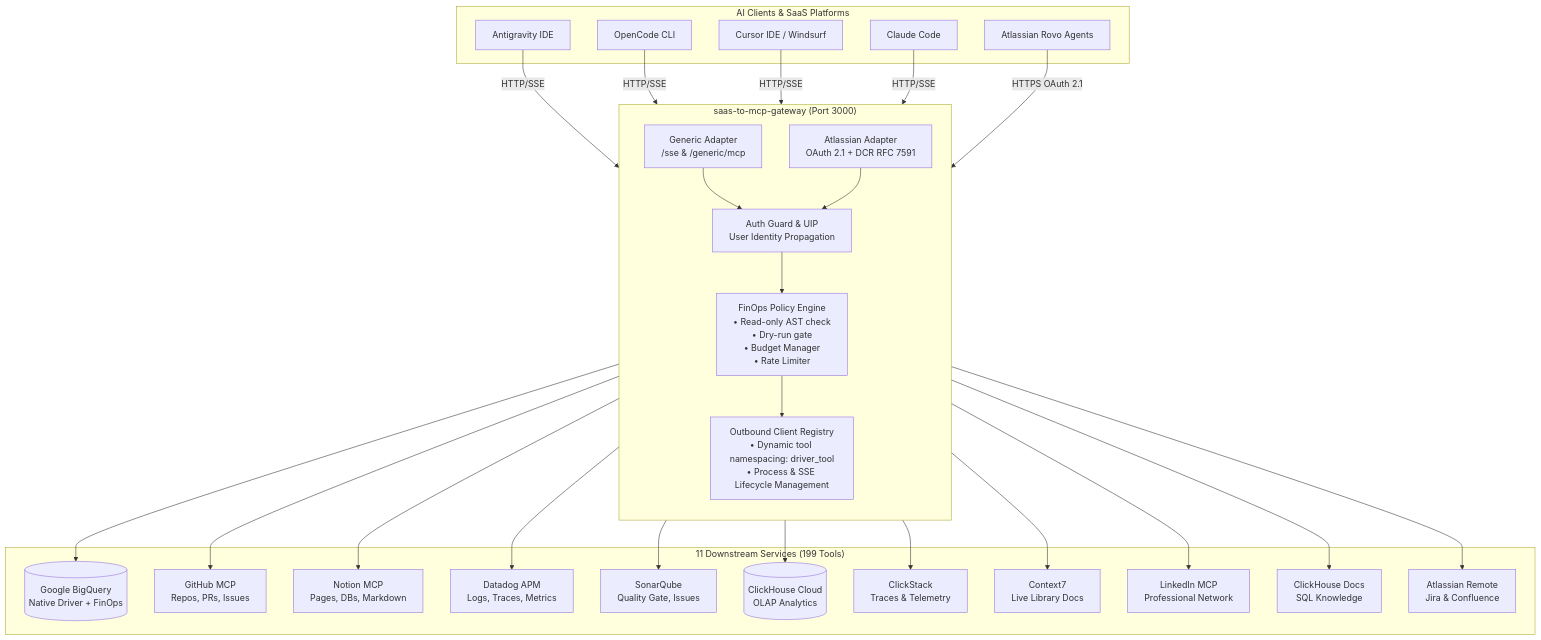
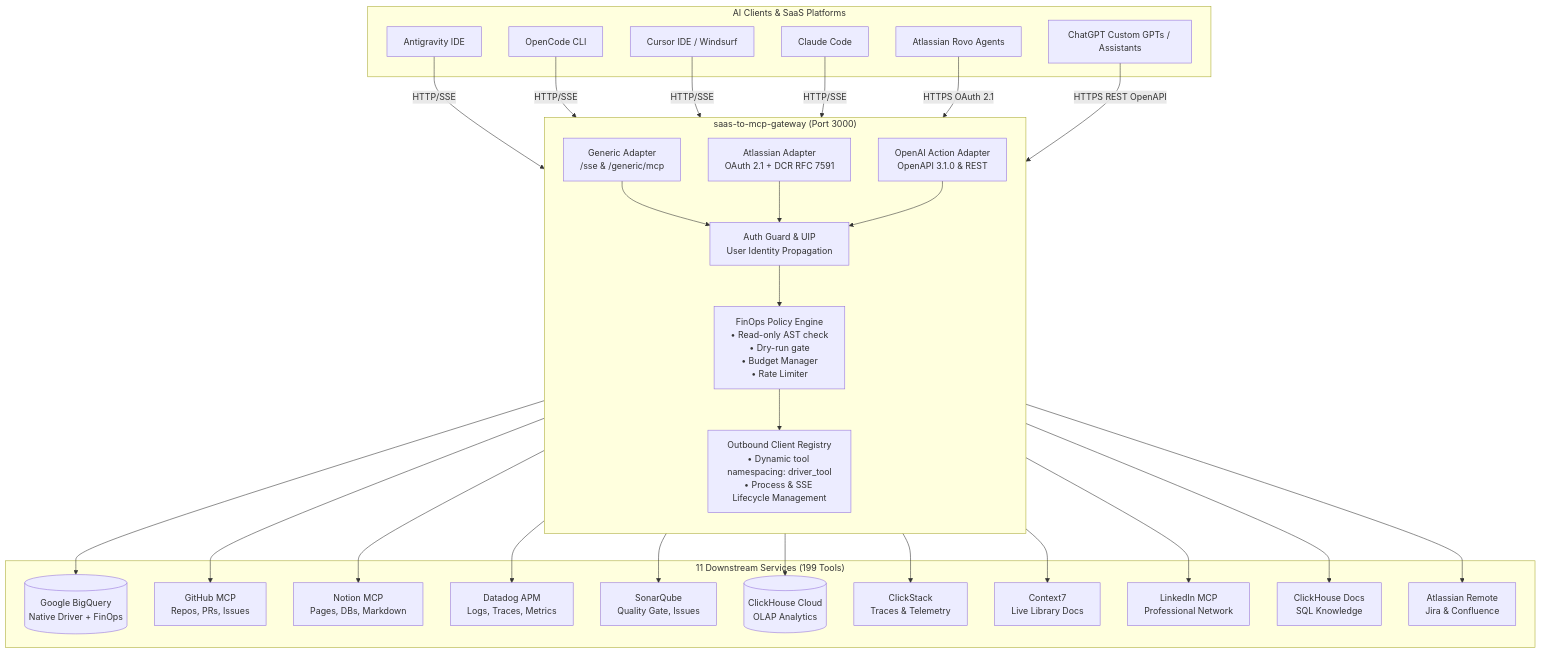
The diagram in README.md (qybbs/saas-to-mcp-gateway), drawn with Mermaid before and after one commit. The commit also changed other lines of this file and 7 other files, not shown here.

Commit message:
feat: add OpenAI Action inbound adapter and OpenAPI schema generator

````diff
--- a/README.md
+++ b/README.md
@@ -83,57 +83,61 @@
 ```mermaid
 graph TD
     subgraph Clients ["AI Clients & SaaS Platforms"]
         AG[Antigravity IDE]
         OC[OpenCode CLI]
         CR[Cursor IDE / Windsurf]
         CC[Claude Code]
         ROVO[Atlassian Rovo Agents]
+        GPT[ChatGPT Custom GPTs / Assistants]
     end
 
     subgraph Gateway ["saas-to-mcp-gateway (Port 3000)"]
         direction TB
         IN_GEN[Generic Adapter<br/>/sse & /generic/mcp]
         IN_ATL[Atlassian Adapter<br/>OAuth 2.1 + DCR RFC 7591]
+        IN_OAI[OpenAI Action Adapter<br/>OpenAPI 3.1.0 & REST]
         
         AUTH[Auth Guard & UIP<br/>User Identity Propagation]
         FINOPS[FinOps Policy Engine<br/>• Read-only AST check<br/>• Dry-run gate<br/>• Budget Manager<br/>• Rate Limiter]
         REGISTRY[Outbound Client Registry<br/>• Dynamic tool namespacing: driver_tool<br/>• Process & SSE Lifecycle Management]
     end
 
     subgraph Ecosystem ["11 Downstream Services (199 Tools)"]
         BQ[(Google BigQuery<br/>Native Driver + FinOps)]
         GH[GitHub MCP<br/>Repos, PRs, Issues]
         NOTION[Notion MCP<br/>Pages, DBs, Markdown]
         DD[Datadog APM<br/>Logs, Traces, Metrics]
         SQ[SonarQube<br/>Quality Gate, Issues]
         CH[(ClickHouse Cloud<br/>OLAP Analytics)]
         CS[ClickStack<br/>Traces & Telemetry]
         CTX[Context7<br/>Live Library Docs]
         LI[LinkedIn MCP<br/>Professional Network]
         CHD[ClickHouse Docs<br/>SQL Knowledge]
         ATL_REM[Atlassian Remote<br/>Jira & Confluence]
     end
 
     AG -->|HTTP/SSE| IN_GEN
     OC -->|HTTP/SSE| IN_GEN
     CR -->|HTTP/SSE| IN_GEN
     CC -->|HTTP/SSE| IN_GEN
     ROVO -->|HTTPS OAuth 2.1| IN_ATL
+    GPT -->|HTTPS REST OpenAPI| IN_OAI
 
     IN_GEN --> AUTH
     IN_ATL --> AUTH
+    IN_OAI --> AUTH
     AUTH --> FINOPS
     FINOPS --> REGISTRY
 
     REGISTRY --> BQ
     REGISTRY --> GH
     REGISTRY --> NOTION
     REGISTRY --> DD
     REGISTRY --> SQ
     REGISTRY --> CH
     REGISTRY --> CS
     REGISTRY --> CTX
     REGISTRY --> LI
     REGISTRY --> CHD
     REGISTRY --> ATL_REM
 ```
````
